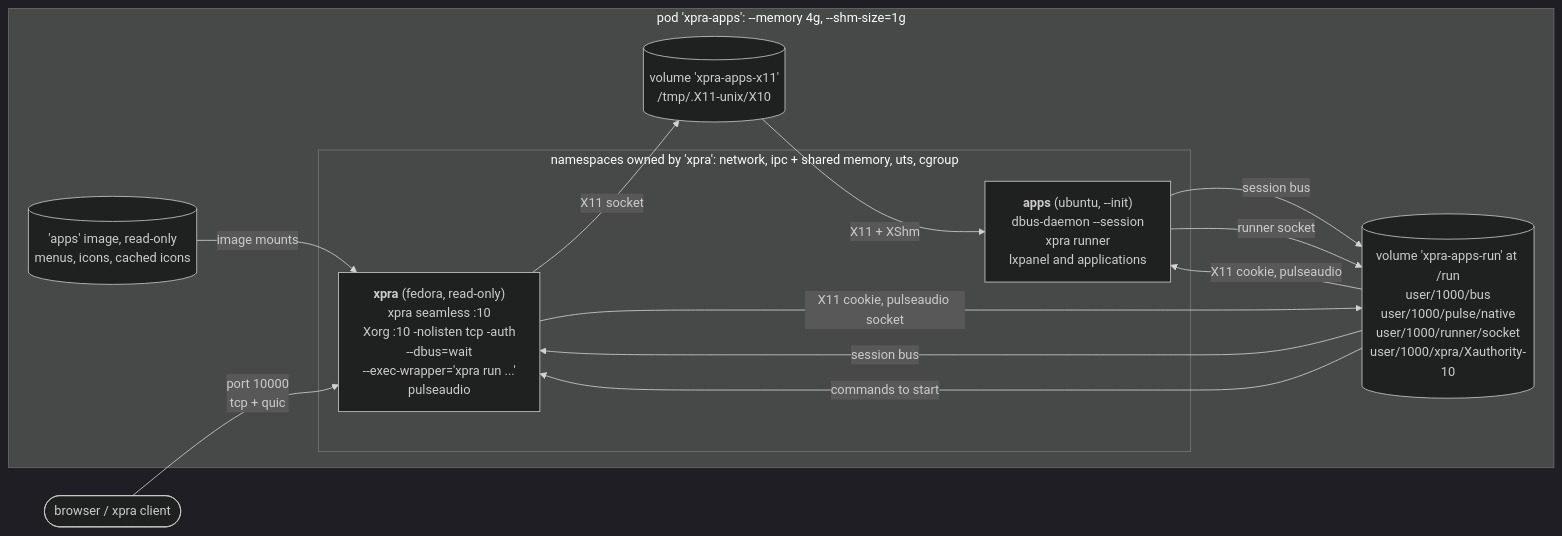
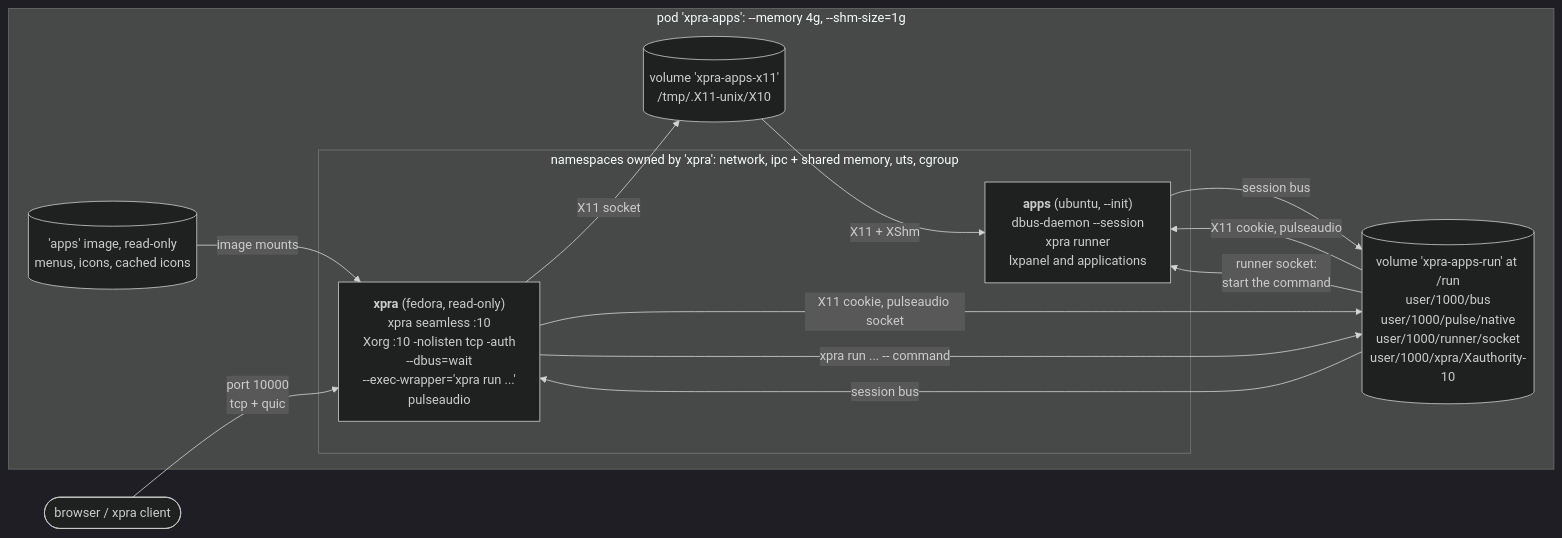
Before and after one commit to Xpra-org/xpra: the first of 3 diagrams in packaging/containers/podman/xpra-apps/README.md, drawn with Mermaid (dark theme). The commit also changed other lines of this file and 1 other file, not shown here.

Commit message:
podman pods: document how the applications are started in the 'apps' container

````diff
--- a/packaging/containers/podman/xpra-apps/README.md
+++ b/packaging/containers/podman/xpra-apps/README.md
@@ -17,25 +17,25 @@
 ```mermaid
 flowchart LR
     client(["browser / xpra client"])
 
     subgraph pod["pod 'xpra-apps': --memory 4g, --shm-size=1g"]
         subgraph ns["namespaces owned by 'xpra': network, ipc + shared memory, uts, cgroup"]
             xpra["<b>xpra</b> (fedora, read-only)<br/>xpra seamless :10<br/>Xorg :10 -nolisten tcp -auth<br/>--dbus=wait<br/>--exec-wrapper='xpra run ...'<br/>pulseaudio"]
             apps["<b>apps</b> (ubuntu, --init)<br/>dbus-daemon --session<br/>xpra runner<br/>lxpanel and applications"]
         end
         menus[("'apps' image, read-only<br/>menus, icons, cached icons")]
         x11[("volume 'xpra-apps-x11'<br/>/tmp/.X11-unix/X10")]
         run[("volume 'xpra-apps-run' at /run<br/>user/1000/bus<br/>user/1000/pulse/native<br/>user/1000/runner/socket<br/>user/1000/xpra/Xauthority-10")]
     end
 
     client -- "port 10000<br/>tcp + quic" --> xpra
     xpra -- "X11 socket" --> x11
     xpra -- "X11 cookie, pulseaudio socket" --> run
     x11 -- "X11 + XShm" --> apps
     apps -- "session bus" --> run
     run -- "session bus" --> xpra
     run -- "X11 cookie, pulseaudio" --> apps
-    apps -- "runner socket" --> run
-    run -- "commands to start" --> xpra
+    xpra -- "xpra run ... -- command" --> run
+    run -- "runner socket:<br/>start the command" --> apps
     menus -- "image mounts" --> xpra
 ```
````
